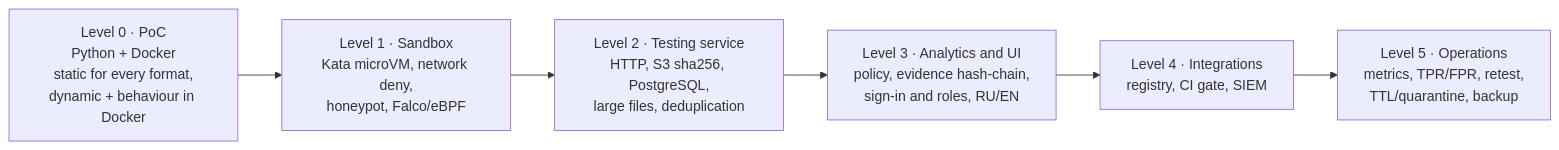
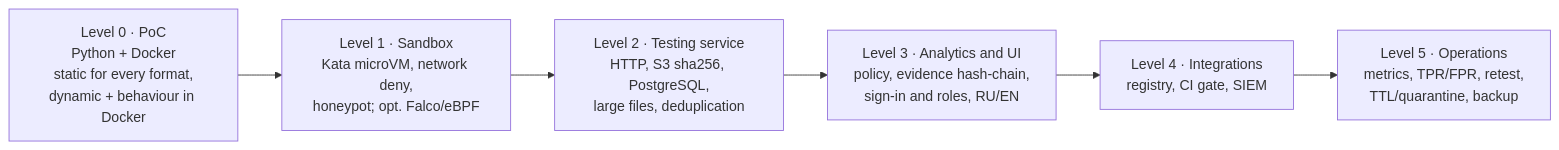
The second of 2 diagrams in README.en.md (pol4/MLScan), drawn with Mermaid before and after one commit. The commit also changed other lines of this file and 7 other files, not shown here.

````diff
--- a/README.en.md
+++ b/README.en.md
@@ -53,10 +53,10 @@
 ```mermaid
 flowchart LR
   L0["Level 0 · PoC<br/>Python + Docker<br/>static for every format,<br/>dynamic + behaviour in Docker"]
-  L1["Level 1 · Sandbox<br/>Kata microVM, network deny,<br/>honeypot, Falco/eBPF"]
+  L1["Level 1 · Sandbox<br/>Kata microVM, network deny,<br/>honeypot; opt. Falco/eBPF"]
   L2["Level 2 · Testing service<br/>HTTP, S3 sha256, PostgreSQL,<br/>large files, deduplication"]
   L3["Level 3 · Analytics and UI<br/>policy, evidence hash-chain,<br/>sign-in and roles, RU/EN"]
   L4["Level 4 · Integrations<br/>registry, CI gate, SIEM"]
   L5["Level 5 · Operations<br/>metrics, TPR/FPR, retest,<br/>TTL/quarantine, backup"]
   L0 --> L1 --> L2 --> L3 --> L4 --> L5
 ```
````
